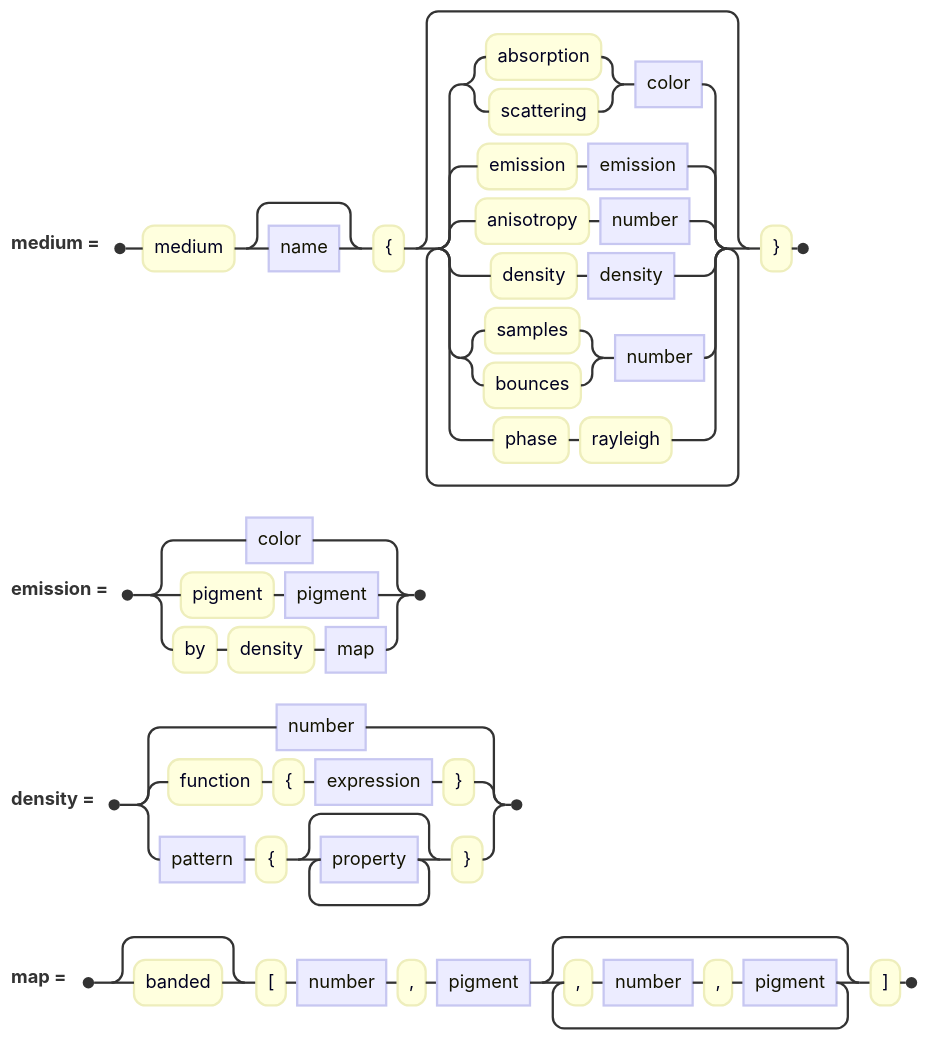
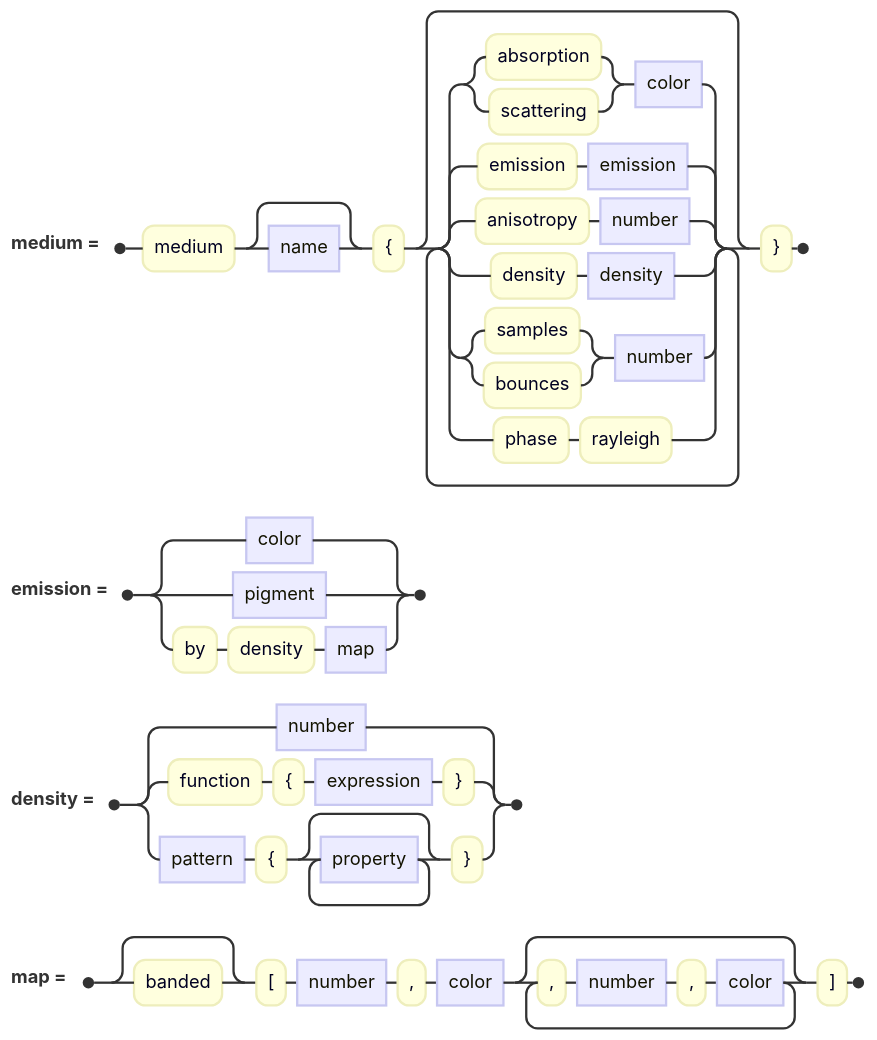
One commit to jskress/RayTracer changed the diagram in docs/diagrams/scene-files/mediumClause.mmd. Above: the diagram before and after it, drawn with Mermaid. The commit also changed 62 other files, not shown here.

First line of the commit message:
A syntax diagram for every block

```diff
--- a/docs/diagrams/scene-files/mediumClause.mmd
+++ b/docs/diagrams/scene-files/mediumClause.mmd
@@ -1,11 +1,11 @@
 railroad-ebnf-beta
 title "A medium"
 
 medium = "medium" [ name ] "{" { ( "absorption" | "scattering" ) color | "emission" emission
        | "anisotropy" number | "density" density | ( "samples" | "bounces" ) number | "phase" "rayleigh" } "}" ;
 
-emission = color | "pigment" pigment | "by" "density" map ;
+emission = color | pigment | "by" "density" map ;
 
 density = number | "function" "{" expression "}" | pattern "{" { property } "}" ;
 
-map = [ "banded" ] "[" number "," pigment { "," number "," pigment } "]" ;
+map = [ "banded" ] "[" number "," color { "," number "," color } "]" ;
```
